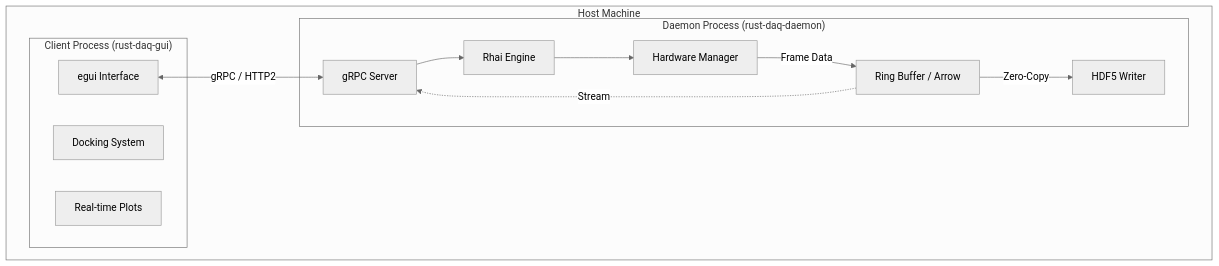
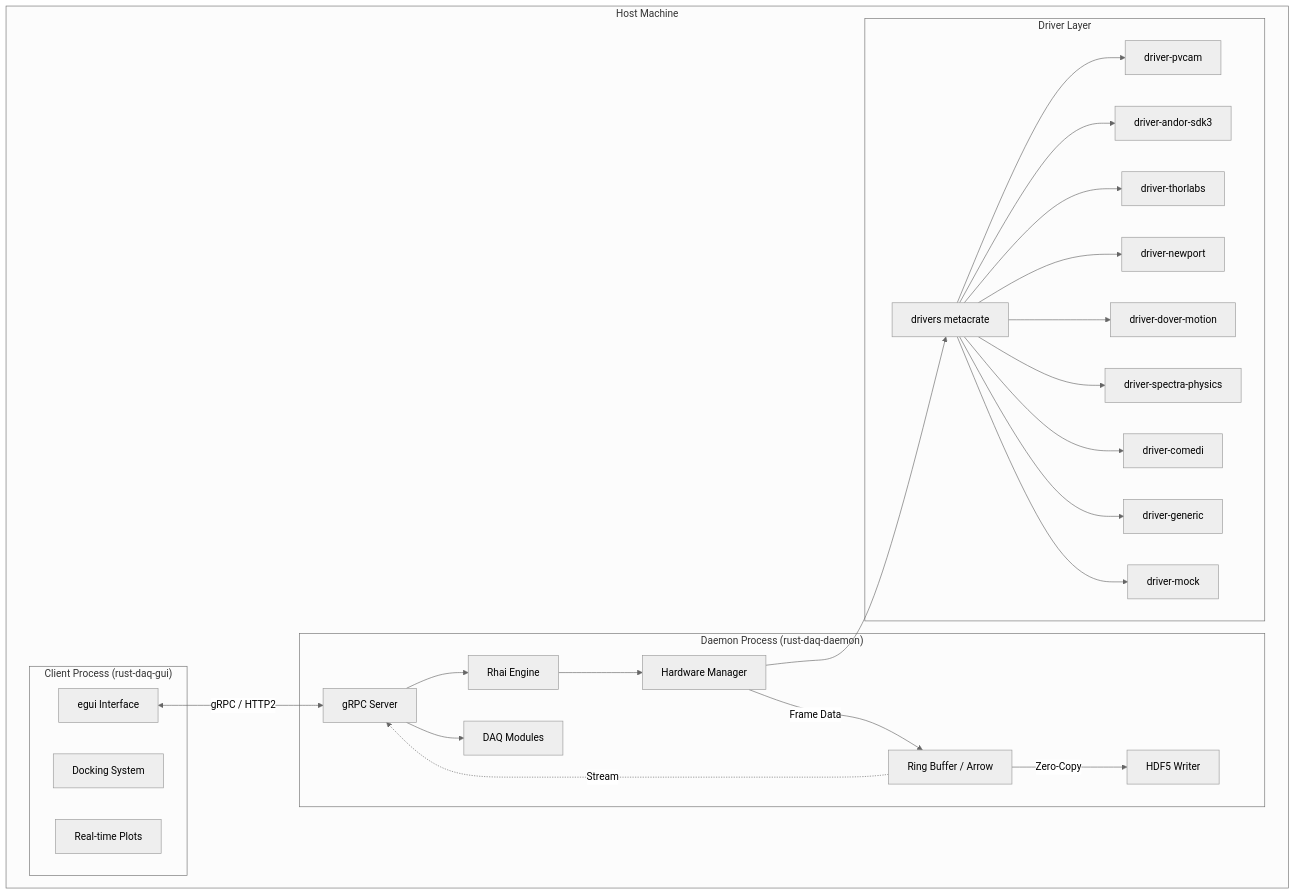
One commit to easternanemone/rudaq changed the diagram in docs/architecture/ARCHITECTURE.md. Above: the diagram before and after it, drawn with Mermaid (neutral theme). The commit also changed other lines of this file and 11 other files, not shown here.

First line of the commit message:
docs: update documentation to reflect 30-crate workspace architecture

````diff
--- a/docs/architecture/ARCHITECTURE.md
+++ b/docs/architecture/ARCHITECTURE.md
@@ -54,26 +86,43 @@
 ```mermaid
 graph TD
     subgraph "Host Machine"
         subgraph "Daemon Process (rust-daq-daemon)"
             Server[gRPC Server]
             Script[Rhai Engine]
+            Modules[DAQ Modules]
             HW[Hardware Manager]
             Ring[Ring Buffer / Arrow]
             Writer[HDF5 Writer]
         end
 
         subgraph "Client Process (rust-daq-gui)"
             GUI[egui Interface]
             Dock[Docking System]
             Plot[Real-time Plots]
         end
+
+        subgraph "Driver Layer"
+            DrvMeta[drivers metacrate]
+            DrvPvcam[driver-pvcam]
+            DrvAndor[driver-andor-sdk3]
+            DrvThorlabs[driver-thorlabs]
+            DrvNewport[driver-newport]
+            DrvDover[driver-dover-motion]
+            DrvSpectra[driver-spectra-physics]
+            DrvComedi[driver-comedi]
+            DrvGeneric[driver-generic]
+            DrvMock[driver-mock]
+        end
     end
 
     GUI <-->|gRPC / HTTP2| Server
-    
+
     Server --> Script
+    Server --> Modules
     Script --> HW
+    HW --> DrvMeta
+    DrvMeta --> DrvPvcam & DrvAndor & DrvThorlabs & DrvNewport & DrvDover & DrvSpectra & DrvComedi & DrvGeneric & DrvMock
     HW -->|Frame Data| Ring
     Ring -->|Zero-Copy| Writer
     Ring -.->|Stream| Server
 ```
````
